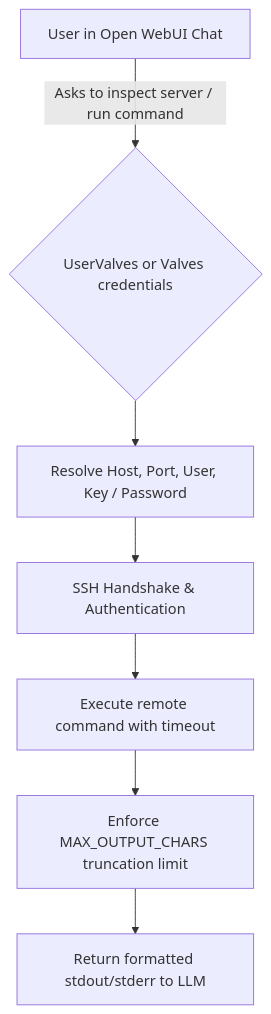
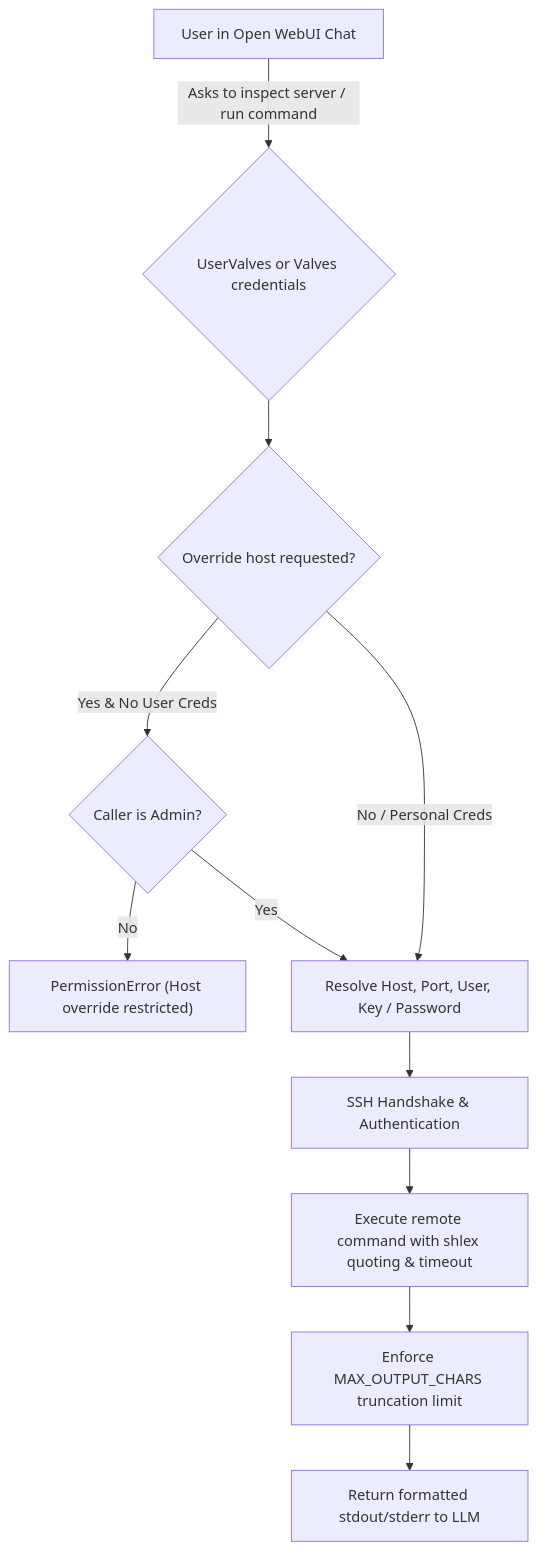
The diagram in skills/ubuntu_ssh_client/SKILL.md (jamesbspencer/open-webui_tools), drawn with Mermaid before and after one commit. The commit also changed other lines of this file and 4 other files, not shown here.

````diff
--- a/skills/ubuntu_ssh_client/SKILL.md
+++ b/skills/ubuntu_ssh_client/SKILL.md
@@ -18,9 +18,13 @@
 ```mermaid
 flowchart TD
     UserChat["User in Open WebUI Chat"] -->|"Asks to inspect server / run command"| CheckCreds{"UserValves or Valves credentials"}
-    CheckCreds --> Resolve["Resolve Host, Port, User, Key / Password"]
+    CheckCreds --> AuthCheck{"Override host requested?"}
+    AuthCheck -->|Yes & No User Creds| RequireAdmin{"Caller is Admin?"}
+    RequireAdmin -->|No| Reject["PermissionError (Host override restricted)"]
+    RequireAdmin -->|Yes| Resolve["Resolve Host, Port, User, Key / Password"]
+    AuthCheck -->|No / Personal Creds| Resolve
     Resolve --> Connect["SSH Handshake & Authentication"]
-    Connect --> Exec["Execute remote command with timeout"]
+    Connect --> Exec["Execute remote command with shlex quoting & timeout"]
     Exec --> Truncate["Enforce MAX_OUTPUT_CHARS truncation limit"]
     Truncate --> Return["Return formatted stdout/stderr to LLM"]
 ```
````
